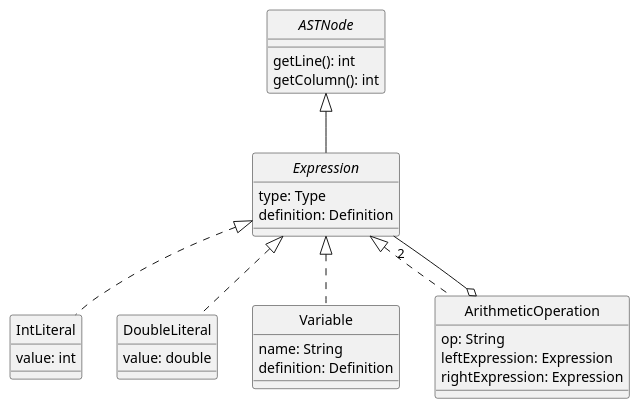
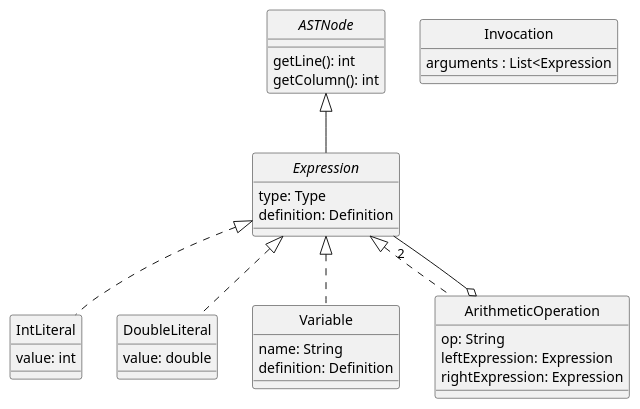
One commit to alvesit0/DLP-Compiler changed the diagram in docs/diagrams/expressions.plantuml. Above: the diagram before and after it, drawn with PlantUML. The commit also changed 1 other file, not shown here.

```diff
--- a/docs/diagrams/expressions.plantuml
+++ b/docs/diagrams/expressions.plantuml
@@ -1,42 +1,46 @@
 @startuml Expressions
 skinparam style strictuml
 skinparam monochrome true
 
 
 interface ASTNode {
     getLine(): int
     getColumn(): int
 }
 
 interface Expression {
     type: Type
     definition: Definition
 }
 
 class IntLiteral {
     value: int
 }
 
 class DoubleLiteral {
     value: double
 }
 
 class Variable {
     name: String
     definition: Definition
 }
 
 class ArithmeticOperation {
     op: String
     leftExpression: Expression
     rightExpression: Expression
 }
 
+class Invocation {
+    arguments : List<Expression
+}
+
 ASTNode <|-- Expression
 Expression <|.. IntLiteral
 Expression <|.. DoubleLiteral
 Expression <|.. Variable
 Expression <|.. ArithmeticOperation
 ArithmeticOperation o--"2" Expression
 
 @enduml
```
